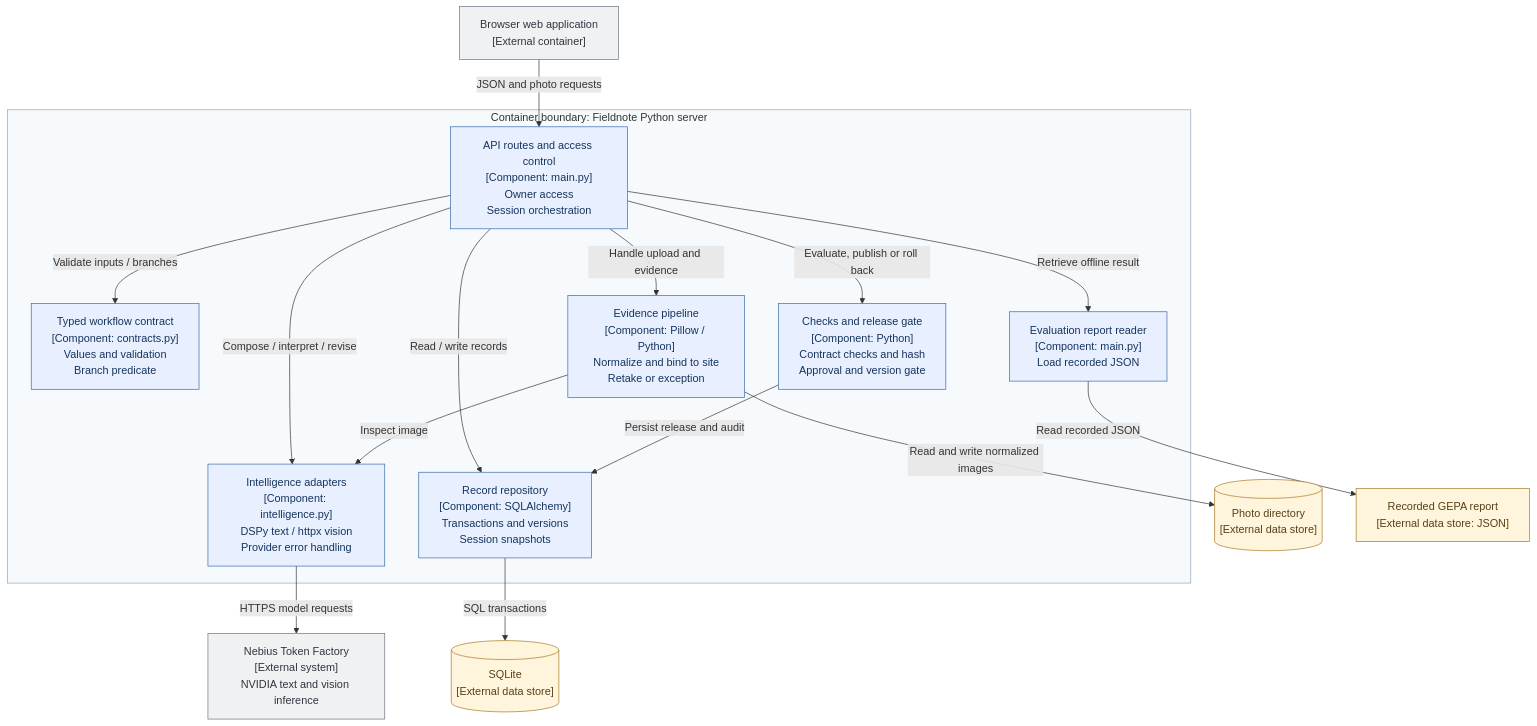
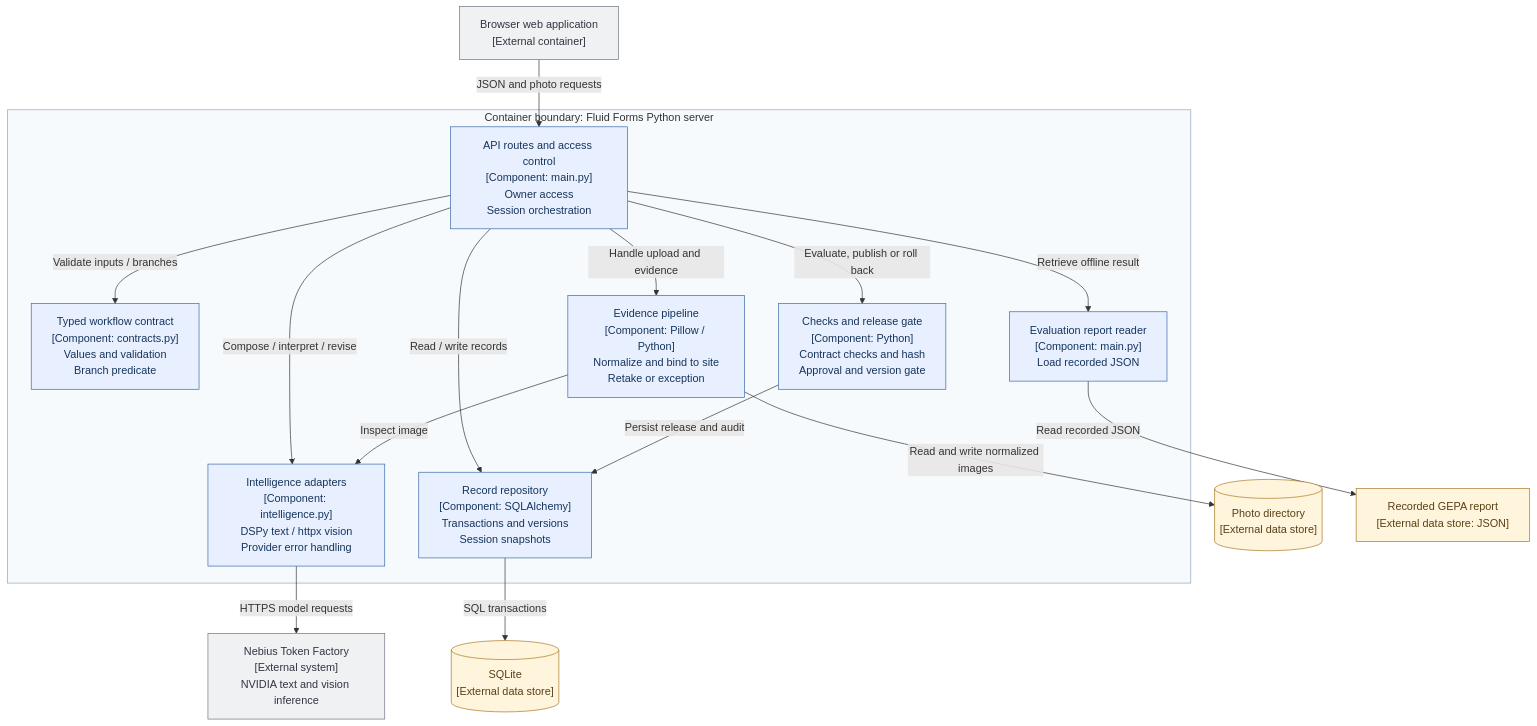
One commit to vaibhavp4/fluid-forms changed the third of 3 diagrams in docs/ARCHITECTURE.md. Above: the diagram before and after it, drawn with Mermaid. The commit also changed other lines of this file and 25 other files, not shown here.

Commit message:
Add contextual template catalog, workflow graph, and approved question improvements

````diff
--- a/docs/ARCHITECTURE.md
+++ b/docs/ARCHITECTURE.md
@@ -89,41 +89,41 @@
 ```mermaid
 flowchart TB
     ui["Browser web application<br/>[External container]"]
 
-    subgraph server["Container boundary: Fieldnote Python server"]
+    subgraph server["Container boundary: Fluid Forms Python server"]
         routes["API routes and access control<br/>[Component: main.py]<br/>Owner access<br/>Session orchestration"]
         contracts["Typed workflow contract<br/>[Component: contracts.py]<br/>Values and validation<br/>Branch predicate"]
         inference["Intelligence adapters<br/>[Component: intelligence.py]<br/>DSPy text / httpx vision<br/>Provider error handling"]
         release["Checks and release gate<br/>[Component: Python]<br/>Contract checks and hash<br/>Approval and version gate"]
         evidence["Evidence pipeline<br/>[Component: Pillow / Python]<br/>Normalize and bind to site<br/>Retake or exception"]
         repository["Record repository<br/>[Component: SQLAlchemy]<br/>Transactions and versions<br/>Session snapshots"]
         reporting["Evaluation report reader<br/>[Component: main.py]<br/>Load recorded JSON"]
     end
 
     models["Nebius Token Factory<br/>[External system]<br/>NVIDIA text and vision inference"]
     database[("SQLite<br/>[External data store]")]
     photos[("Photo directory<br/>[External data store]")]
     artifacts["Recorded GEPA report<br/>[External data store: JSON]"]
 
     ui -->|"JSON and photo requests"| routes
     routes -->|"Validate inputs / branches"| contracts
     routes -->|"Compose / interpret / revise"| inference
     routes -->|"Evaluate, publish or roll back"| release
     routes -->|"Handle upload and evidence"| evidence
     routes -->|"Read / write records"| repository
     routes -->|"Retrieve offline result"| reporting
     release -->|"Persist release and audit"| repository
     evidence -->|"Inspect image"| inference
     evidence -->|"Read and write normalized images"| photos
     inference -->|"HTTPS model requests"| models
     repository -->|"SQL transactions"| database
     reporting -->|"Read recorded JSON"| artifacts
 
     classDef app fill:#e8f0ff,stroke:#3868a8,color:#16345c
     classDef external fill:#f0f1f3,stroke:#6b7280,color:#303540
     classDef data fill:#fff4dc,stroke:#a87824,color:#594017
     class routes,contracts,inference,release,evidence,repository,reporting app
     class ui,models external
     class database,photos,artifacts data
     style server fill:#f7fafc,stroke:#90a4b8
 ```
````
